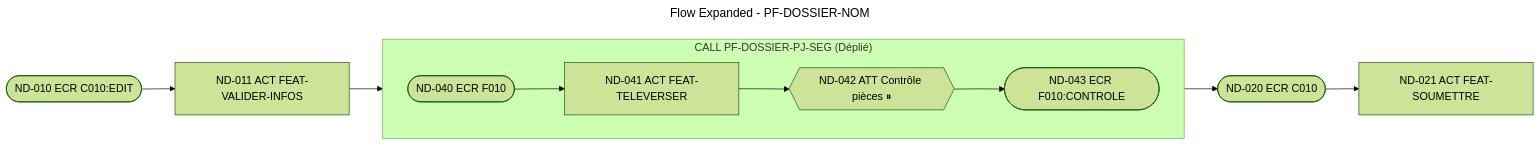
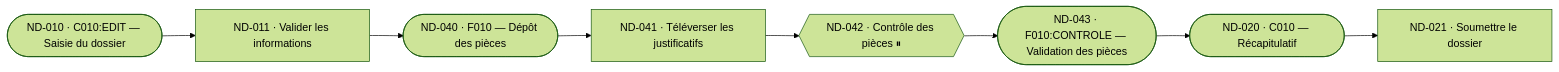
Before and after one commit to Pi0up/ai-skills: the diagram in ia_tools/templates/userflows/flow-expanded.mmd, drawn with Mermaid (forest theme). The commit also changed 25 other files, not shown here.

```diff
--- a/ia_tools/templates/userflows/flow-expanded.mmd
+++ b/ia_tools/templates/userflows/flow-expanded.mmd
@@ -1,46 +1,31 @@
----
-title: Flow Expanded - PF-DOSSIER-NOM
-type: userflow
-id: PF-DOSSIER-NOM-EXP
-version: 1.0.0
-roles: [USER]
-tags: [userflow, expanded, sub-flow]
-description: Template de parcours déplié avec sous-parcours (PF-DOSSIER-PJ-SEG)
----
+%%@file id=PF-DOSSIER-NOM-EXP project=DOSSIER kind=userflow view=expanded uc=UC-DOSSIER uc_title="Constitution et soumission de dossier" obj=OBJ-DOSSIER-01 statut=nominal roles=MANAGER title="Soumettre un Dossier avec contrôle des pièces" version="1.2" atterrissage=C010
+%%@node ND010 code=C010:EDIT type=ECR order=1
+%%@node ND011 ref=FEAT-VALIDER-INFOS type=ACT order=2
+%%@node ND040 code=F010 type=ECR order=3
+%%@node ND041 ref=FEAT-TELEVERSER type=ACT order=4
+%%@node ND042 type=ATT break=yes resume=ND043 persist=session delay=2m order=5
+%%@node ND043 code=F010:CONTROLE type=ECR order=6
+%%@node ND020 code=C010 type=ECR order=7
+%%@node ND021 ref=FEAT-SOUMETTRE type=ACT order=8
+%%@edge ND010>ND011 kind=nominal
+%%@edge ND011>ND040 kind=nominal
+%%@edge ND040>ND041 kind=nominal
+%%@edge ND041>ND042 kind=nominal
+%%@edge ND042>ND043 kind=nominal
+%%@edge ND043>ND020 kind=nominal
+%%@edge ND020>ND021 kind=nominal
 flowchart LR
 
     %% --------------------------------------------------------------------------
-    %% Étape amont de l'appelant
+    %% Séquence linéaire dépliée (incluant les étapes détaillées des pièces)
     %% --------------------------------------------------------------------------
-    ND010(["ND-010 ECR C010:EDIT"])
-    ND011["ND-011 ACT FEAT-VALIDER-INFOS"]
+    ND010(["ND-010 · C010:EDIT — Saisie du dossier"])
+    ND011["ND-011 · Valider les informations"]
+    ND040(["ND-040 · F010 — Dépôt des pièces"])
+    ND041["ND-041 · Téléverser les justificatifs"]
+    ND042{{"ND-042 · Contrôle des pièces ⏸"}}
+    ND043(["ND-043 · F010:CONTROLE — Validation des pièces"])
+    ND020(["ND-020 · C010 — Récapitulatif"])
+    ND021["ND-021 · Soumettre le dossier"]
 
-    ND010 --> ND011
-
-    %% --------------------------------------------------------------------------
-    %% Sous-parcours appelé (PF-DOSSIER-PJ-SEG déplié dans son subgraph)
-    %% --------------------------------------------------------------------------
-    subgraph Sub_PJ["CALL PF-DOSSIER-PJ-SEG (Déplié)"]
-        direction LR
-        ND040(["ND-040 ECR F010"])
-        ND041["ND-041 ACT FEAT-TELEVERSER"]
-        ND042{{"ND-042 ATT Contrôle pièces ⏸"}}
-        ND043(["ND-043 ECR F010:CONTROLE"])
-
-        ND040 --> ND041
-        ND041 --> ND042
-        ND042 --> ND043
-    end
-
-    %% Transition vers l'entrée du sous-parcours (CTX-IN garanti)
-    ND011 --> ND040
-
-    %% --------------------------------------------------------------------------
-    %% Écran d'atterrissage et suite de l'appelant
-    %% --------------------------------------------------------------------------
-    ND020(["ND-020 ECR C010"])
-    ND021["ND-021 ACT FEAT-SOUMETTRE"]
-
-    %% Transition depuis la sortie du sous-parcours (CTX-OUT garanti)
-    ND043 --> ND020
-    ND020 --> ND021
+    ND010 --> ND011 --> ND040 --> ND041 --> ND042 --> ND043 --> ND020 --> ND021
```
